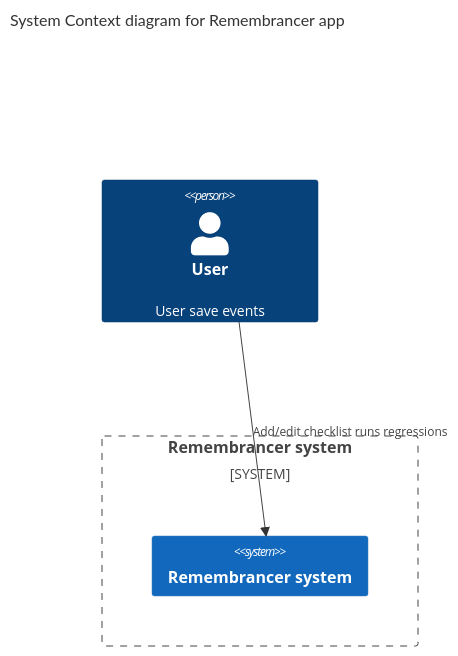
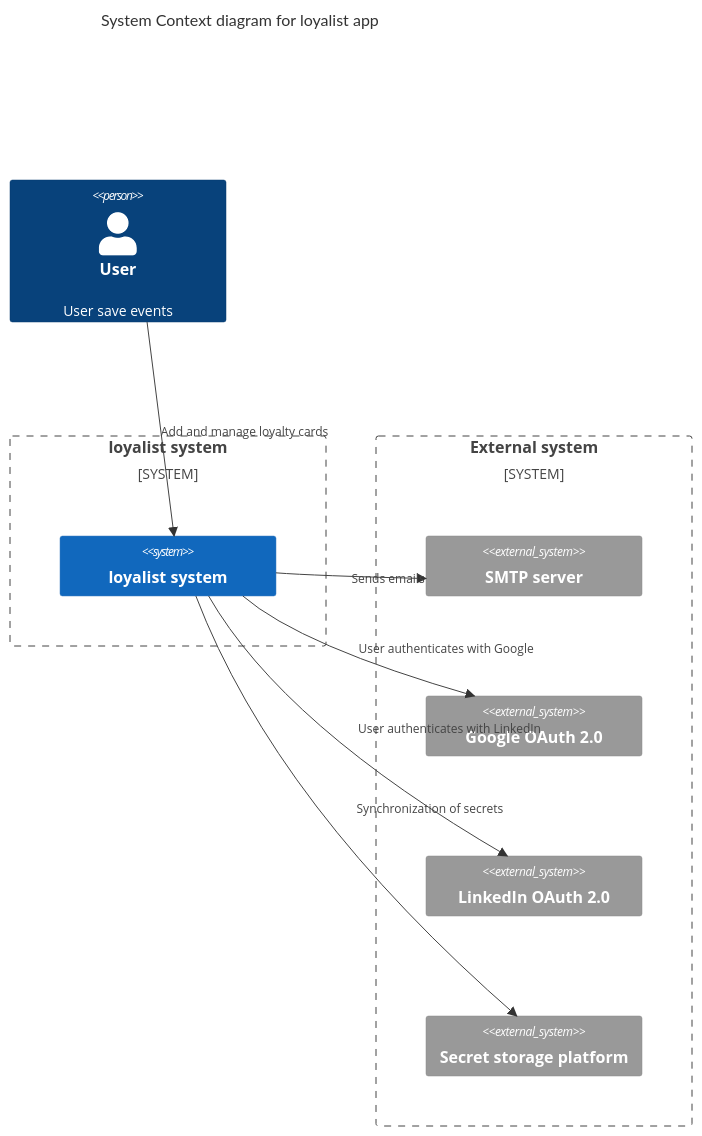
Before and after one commit to HomeLabHQ/loyalist: the diagram in docs/c4/system.md, drawn with Mermaid. The commit also changed 34 other files, not shown here.

````diff
--- a/docs/c4/system.md
+++ b/docs/c4/system.md
@@ -1,10 +1,20 @@
 ```mermaid
 C4Context
-      title System Context diagram for Remembrancer app
+      title System Context diagram for loyalist app
       Person(user, "User", "User save events")
-      System_Boundary(remembrancer-boundary, "Remembrancer  system") {
-        Rel(user,remembrancer, "Add/edit checklist runs regressions")
-        System(remembrancer, "Remembrancer system")
+      System_Boundary(loyalist-boundary, "loyalist  system") {
+        Rel(user,loyalist, "Add and manage loyalty cards")
+        System(loyalist, "loyalist system")
       }
-      UpdateLayoutConfig($c4ShapeInRow="2", $c4BoundaryInRow="1")
+      System_Boundary(external, "External system"){
+      System_Ext(smtp, "SMTP server")
+      System_Ext(Google, "Google OAuth 2.0")
+      System_Ext(LinkedIn, "LinkedIn OAuth 2.0")
+      System_Ext(infisical, "Secret storage platform")
+      }
+      Rel(loyalist, smtp, "Sends emails")
+      Rel(loyalist, LinkedIn, "User authenticates with LinkedIn")
+      Rel(loyalist, Google, "User authenticates with Google")
+      Rel(loyalist, infisical, "Synchronization of secrets")
+      UpdateLayoutConfig($c4ShapeInRow="4", $c4BoundaryInRow="2")
 ```
````
